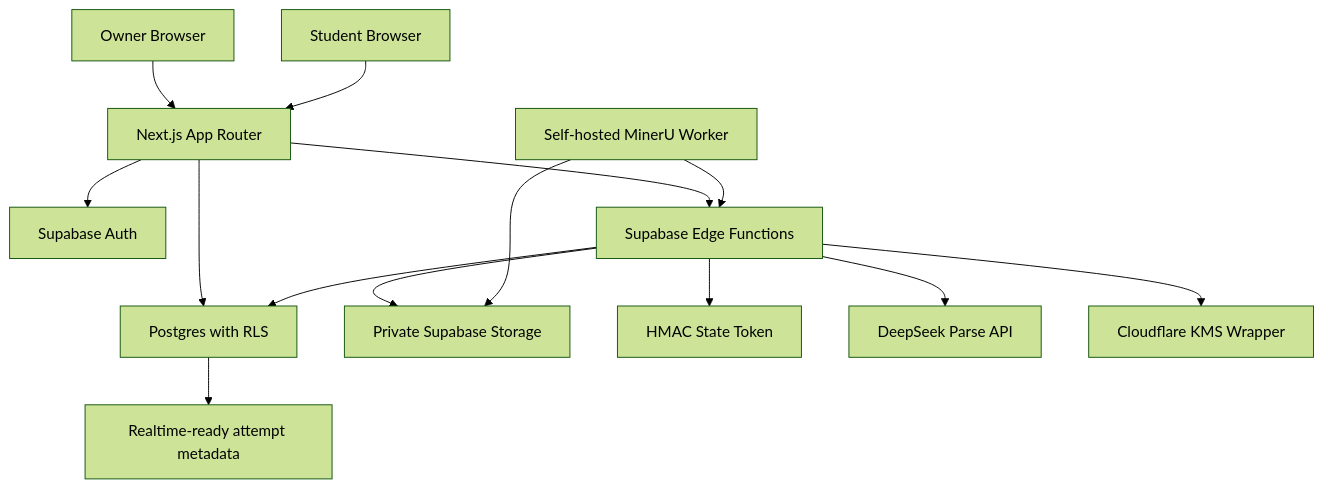
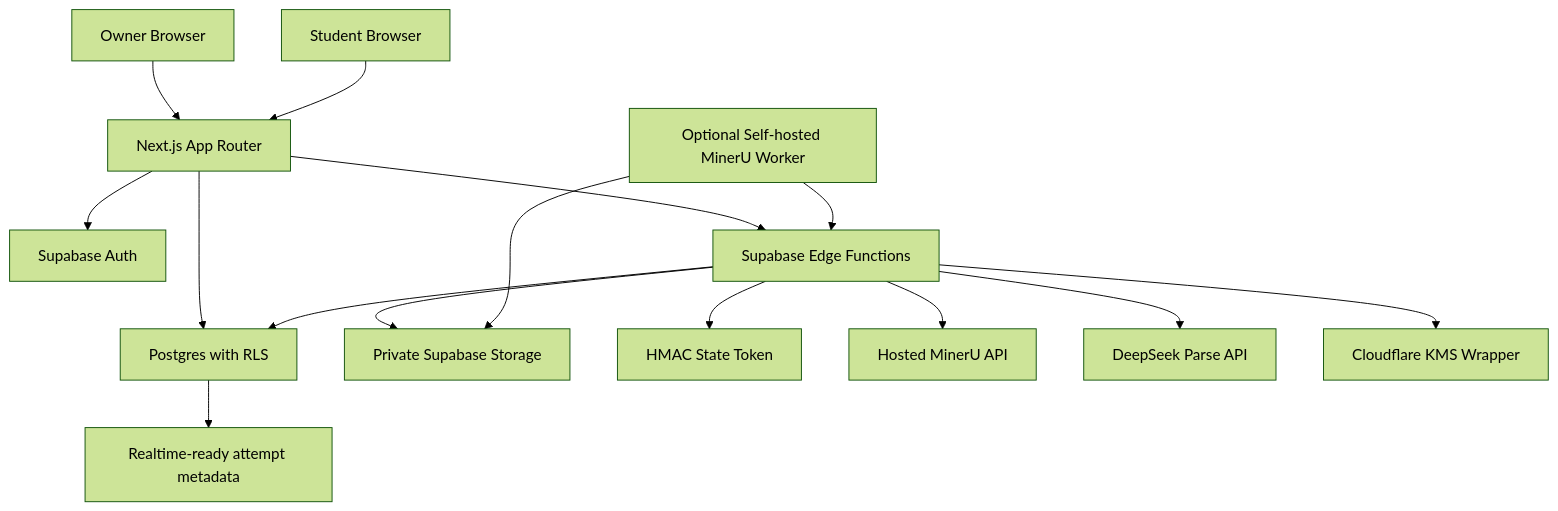
One commit to 123UsernamemanresU321/ExamSim changed the first of 2 diagrams in ARCHITECTURE.md. Above: the diagram before and after it, drawn with Mermaid (forest theme). The commit also changed other lines of this file and 22 other files, not shown here.

Commit message:
feat: support hosted mineru api parsing

````diff
--- a/ARCHITECTURE.md
+++ b/ARCHITECTURE.md
@@ -3,16 +3,17 @@
 ```mermaid
 flowchart TD
   Owner["Owner Browser"] --> Next["Next.js App Router"]
   Student["Student Browser"] --> Next
   Next --> SupabaseAuth["Supabase Auth"]
   Next --> RLS["Postgres with RLS"]
   Next --> Edge["Supabase Edge Functions"]
   Edge --> RLS
   Edge --> Storage["Private Supabase Storage"]
   Edge --> Token["HMAC State Token"]
   RLS --> Realtime["Realtime-ready attempt metadata"]
-  Worker["Self-hosted MinerU Worker"] --> Edge
+  Edge --> MinerU["Hosted MinerU API"]
+  Worker["Optional Self-hosted MinerU Worker"] --> Edge
   Worker --> Storage
   Edge --> DeepSeek["DeepSeek Parse API"]
   Edge --> KMS["Cloudflare KMS Wrapper"]
 ```
````
